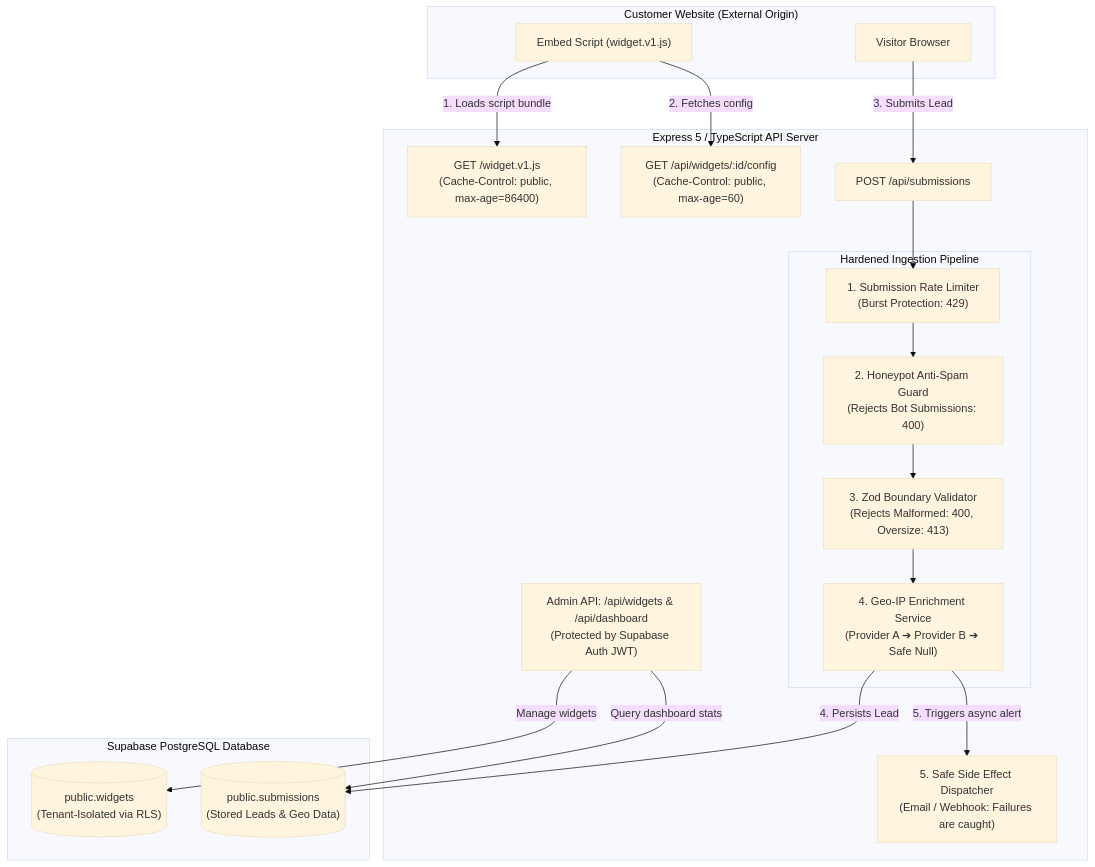
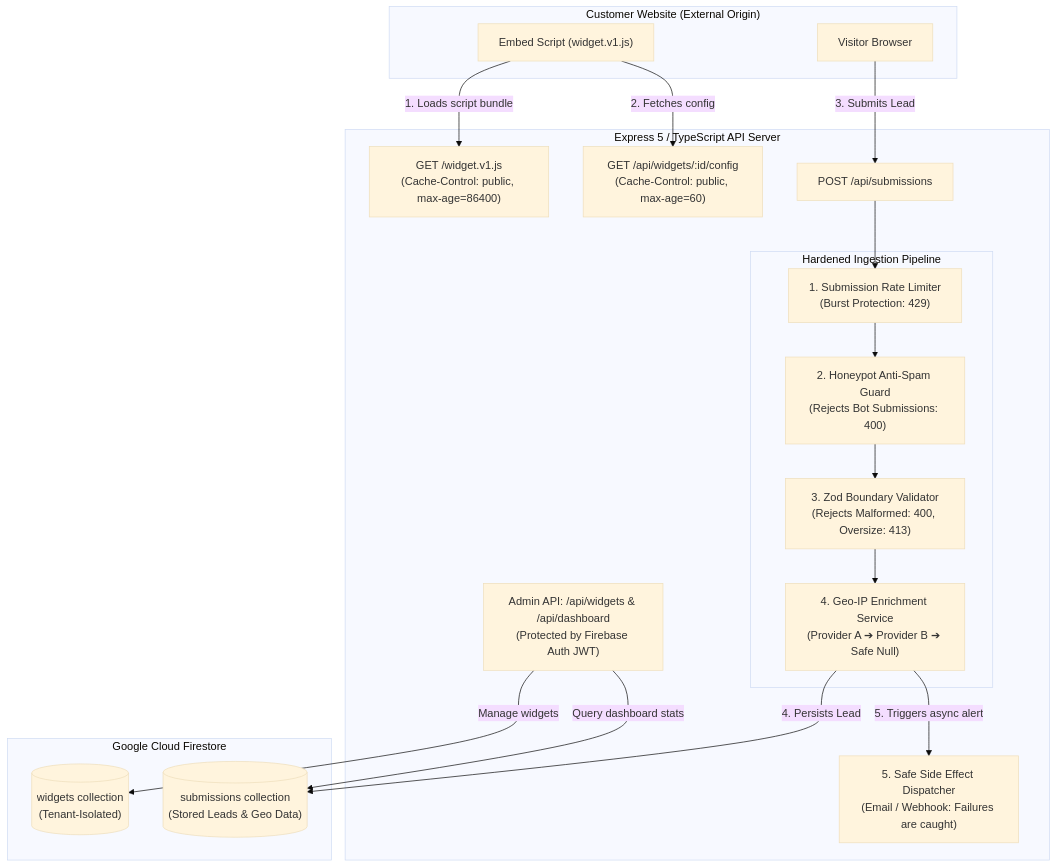
Before and after one commit to MadG0blin359/API-Lab: the diagram in lead-capture-api/README.md, drawn with Mermaid (base theme). The commit also changed other lines of this file and 34 other files, not shown here.

Commit message:
feat(migration): migrate database and auth from Supabase to Google Cloud Firestore and Firebase Auth

````diff
--- a/lead-capture-api/README.md
+++ b/lead-capture-api/README.md
@@ -52,37 +52,37 @@
 ```mermaid
 flowchart TD
     subgraph ExternalSite ["Customer Website (External Origin)"]
         A["Visitor Browser"]
         B["Embed Script (widget.v1.js)"]
     end
 
     subgraph BackendAPI ["Express 5 / TypeScript API Server"]
         C["GET /widget.v1.js<br/>(Cache-Control: public, max-age=86400)"]
         D["GET /api/widgets/:id/config<br/>(Cache-Control: public, max-age=60)"]
         E["POST /api/submissions"]
-
+        
         subgraph Pipeline ["Hardened Ingestion Pipeline"]
             F["1. Submission Rate Limiter<br/>(Burst Protection: 429)"]
             G["2. Honeypot Anti-Spam Guard<br/>(Rejects Bot Submissions: 400)"]
             H["3. Zod Boundary Validator<br/>(Rejects Malformed: 400, Oversize: 413)"]
             I["4. Geo-IP Enrichment Service<br/>(Provider A ➔ Provider B ➔ Safe Null)"]
         end
-
+        
         J["5. Safe Side Effect Dispatcher<br/>(Email / Webhook: Failures are caught)"]
-        K["Admin API: /api/widgets & /api/dashboard<br/>(Protected by Supabase Auth JWT)"]
+        K["Admin API: /api/widgets & /api/dashboard<br/>(Protected by Firebase Auth JWT)"]
     end
 
-    subgraph DataStore ["Supabase PostgreSQL Database"]
-        L[("public.widgets<br/>(Tenant-Isolated via RLS)")]
-        M[("public.submissions<br/>(Stored Leads & Geo Data)")]
+    subgraph DataStore ["Google Cloud Firestore"]
+        L[("widgets collection<br/>(Tenant-Isolated)")]
+        M[("submissions collection<br/>(Stored Leads & Geo Data)")]
     end
 
     B -->|1. Loads script bundle| C
     B -->|2. Fetches config| D
     A -->|3. Submits Lead| E
     E --> F --> G --> H --> I
     I -->|4. Persists Lead| M
     I -->|5. Triggers async alert| J
     K -->|Manage widgets| L
     K -->|Query dashboard stats| M
 ```
````
